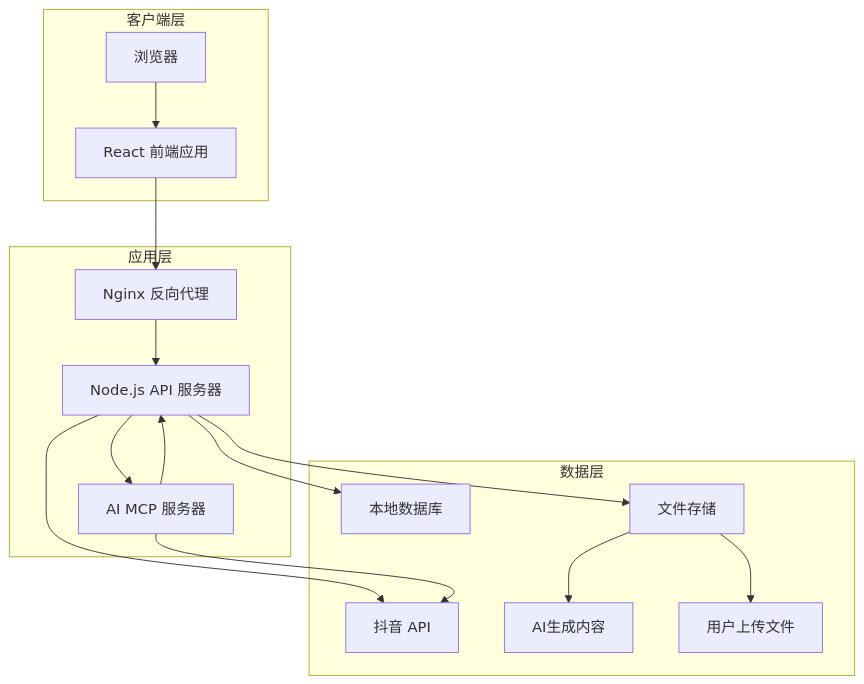
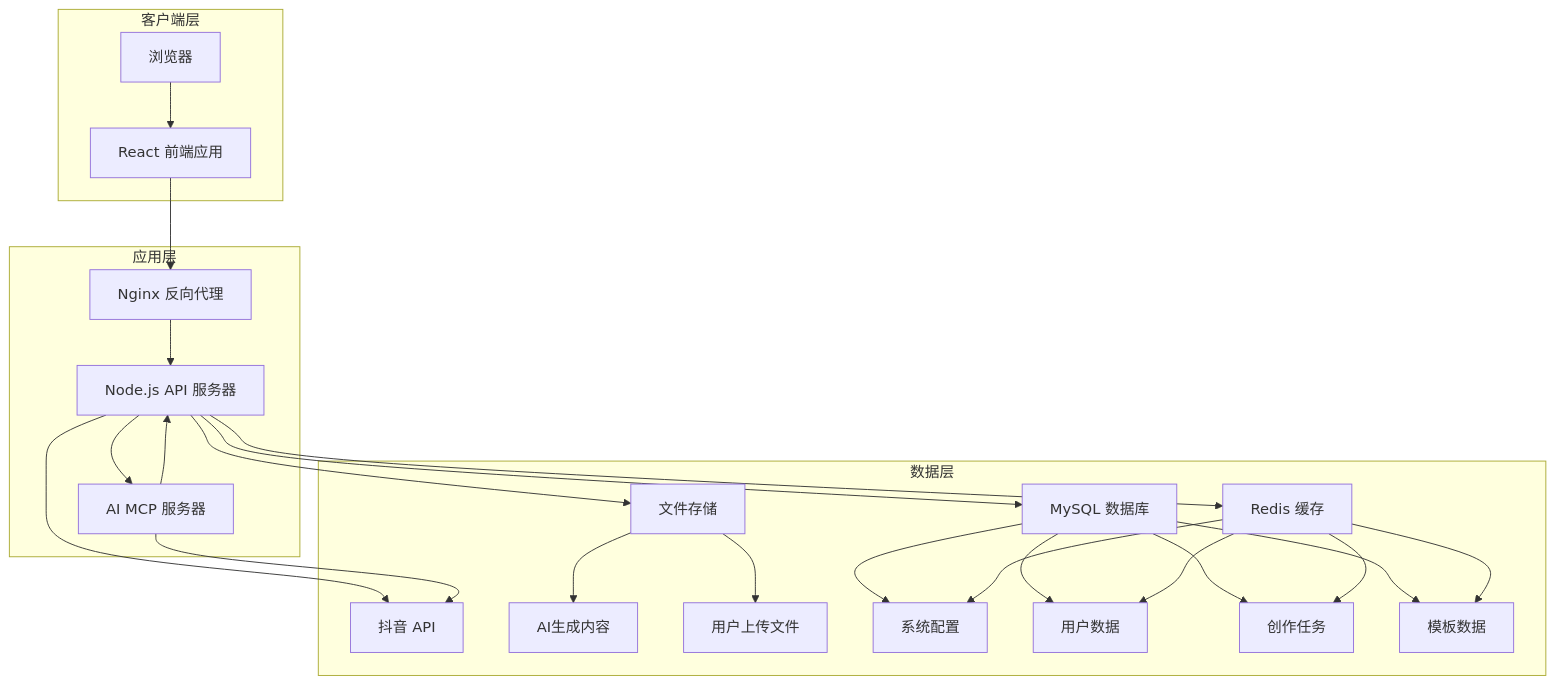
The third of 15 diagrams in .qoder/repowiki/zh/content/开发指南/部署基础设施.md (songdiyang/clawOperations), drawn with Mermaid before and after one commit. The commit also changed other lines of this file and 10 other files, not shown here.

````diff
--- a/.qoder/repowiki/zh/content/开发指南/部署基础设施.md
+++ b/.qoder/repowiki/zh/content/开发指南/部署基础设施.md
@@ -155,25 +166,39 @@
 ```mermaid
 graph TB
 subgraph "客户端层"
 A[浏览器] --> B[React 前端应用]
 end
 subgraph "应用层"
 C[Nginx 反向代理] --> D[Node.js API 服务器]
 D --> E[AI MCP 服务器]
 end
 subgraph "数据层"
-F[本地数据库]
-G[抖音 API]
-H[文件存储]
-I[AI生成内容]
-J[用户上传文件]
+F[MySQL 数据库]
+G[Redis 缓存]
+H[抖音 API]
+I[文件存储]
+J[AI生成内容]
+K[用户上传文件]
+L[系统配置]
+M[用户数据]
+N[创作任务]
+O[模板数据]
 end
 B --> C
 D --> F
 D --> G
+D --> H
 E --> D
-E --> G
-D --> H
-H --> I
-H --> J
+E --> H
+D --> I
+I --> J
+I --> K
+F --> L
+F --> M
+F --> N
+F --> O
+G --> L
+G --> M
+G --> N
+G --> O
 ```
````
